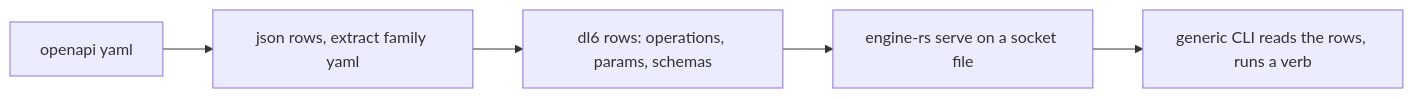
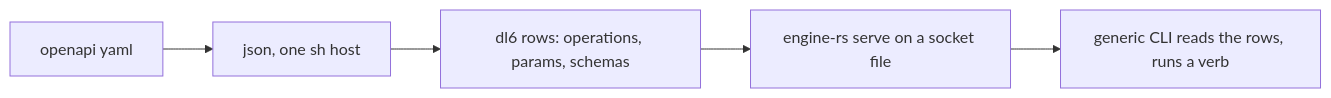
One commit to hafley66/sprefa changed the first of 5 diagrams in plans/2026-08-17-openapi-clap-uds.PLAN.visual.human.unga.md. Above: the diagram before and after it, drawn with Mermaid. The commit also changed other lines of this file and 1 other file, not shown here.

Commit message:
plan: yaml->json is one plain sh host over the TS runtime's yaml dep

````diff
--- a/plans/2026-08-17-openapi-clap-uds.PLAN.visual.human.unga.md
+++ b/plans/2026-08-17-openapi-clap-uds.PLAN.visual.human.unga.md
@@ -14,7 +14,7 @@
 ```mermaid
 flowchart LR
-  Y[openapi yaml] --> J[json rows, extract family yaml]
+  Y[openapi yaml] --> J[json, one sh host]
   J --> R[dl6 rows: operations, params, schemas]
   R --> S[engine-rs serve on a socket file]
   S --> C[generic CLI reads the rows, runs a verb]
 ```
````
